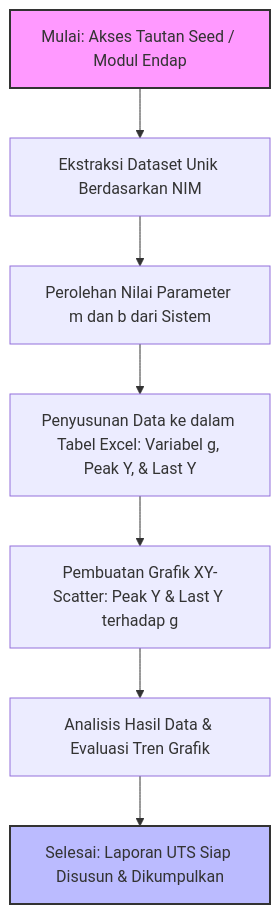
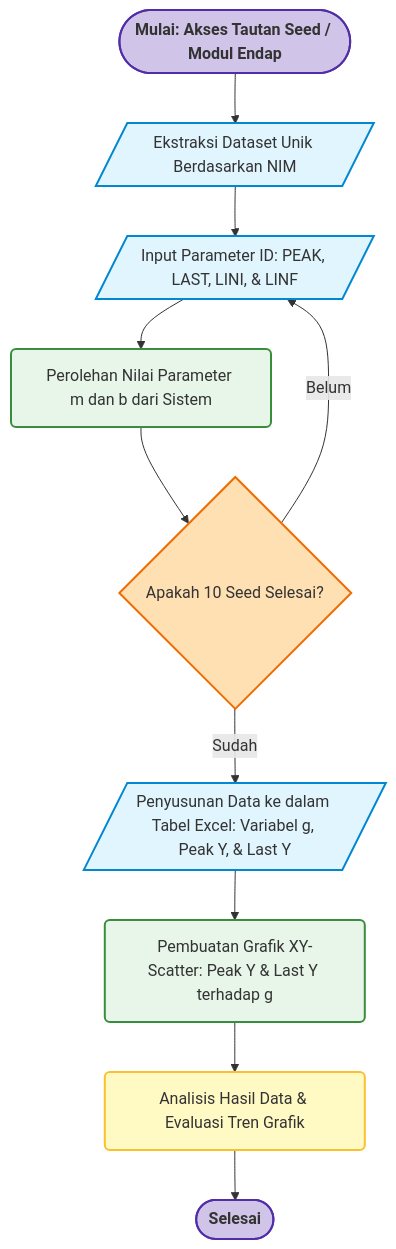
One commit to Nilam-Tyas/mermaid-hands-on-flowchart-data-uts changed the diagram in README.md. Above: the diagram before and after it, drawn with Mermaid.

````diff
--- a/README.md
+++ b/README.md
@@ -1,12 +1,30 @@
 ```mermaid
 graph TD
-    A[Mulai: Akses Tautan Seed / Modul Endap] --> B[Ekstraksi Dataset Unik Berdasarkan NIM]
-    B --> C[Perolehan Nilai Parameter m dan b dari Sistem]
-    C --> D[Penyusunan Data ke dalam Tabel Excel: Variabel g, Peak Y, & Last Y]
-    D --> E[Pembuatan Grafik XY-Scatter: Peak Y & Last Y terhadap g]
-    E --> F[Analisis Hasil Data & Evaluasi Tren Grafik]
-    F --> G[Selesai: Laporan UTS Siap Disusun & Dikumpulkan]
+    %% Pengaturan Gaya Node yang Estetik dan Bermakna
+    classDef startEnd fill:#d1c4e9,stroke:#512da8,stroke-width:2px,rx:25,ry:25,font-weight:bold;
+    classDef ioNode fill:#e1f5fe,stroke:#0288d1,stroke-width:2px,rx:5,ry:5;
+    classDef processNode fill:#e8f5e9,stroke:#388e3c,stroke-width:2px,rx:5,ry:5;
+    classDef analysisNode fill:#fff9c4,stroke:#fbc02d,stroke-width:2px,rx:5,ry:5;
+    classDef decisionNode fill:#ffe0b2,stroke:#ef6c00,stroke-width:2px;
 
-    style A fill:#f9f,stroke:#333,stroke-width:2px
-    style G fill:#bbf,stroke:#333,stroke-width:2px
+    %% Alur Diagram Utama dengan Perulangan & Selesai
+    A([Mulai: Akses Tautan Seed / Modul Endap]) --> B[/Ekstraksi Dataset Unik Berdasarkan NIM/]
+    B --> C[/Input Parameter ID: PEAK, LAST, LINI, & LINF/]
+    C --> D[Perolehan Nilai Parameter m dan b dari Sistem]
+    
+    %% Pengecekan Kondisi (Looping 10 Seed)
+    D --> E{Apakah 10 Seed Selesai?}
+    E -- Belum --> C
+    E -- Sudah --> F[/Penyusunan Data ke dalam Tabel Excel: Variabel g, Peak Y, & Last Y/]
+    
+    F --> G[Pembuatan Grafik XY-Scatter: Peak Y & Last Y terhadap g]
+    G --> H[Analisis Hasil Data & Evaluasi Tren Grafik]
+    H --> I([Selesai])
+
+    %% Penerapan Gaya
+    class A,I startEnd;
+    class B,C,F ioNode;
+    class D,G processNode;
+    class H analysisNode;
+    class E decisionNode;
 ```
````
